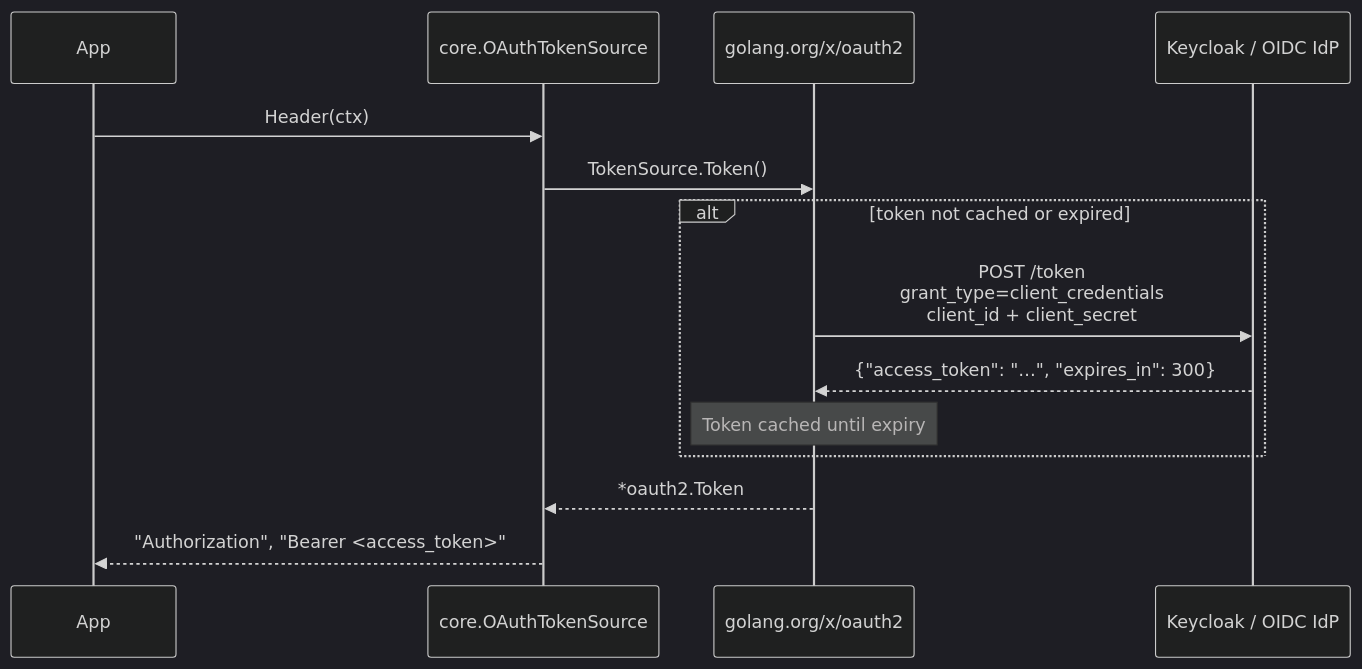
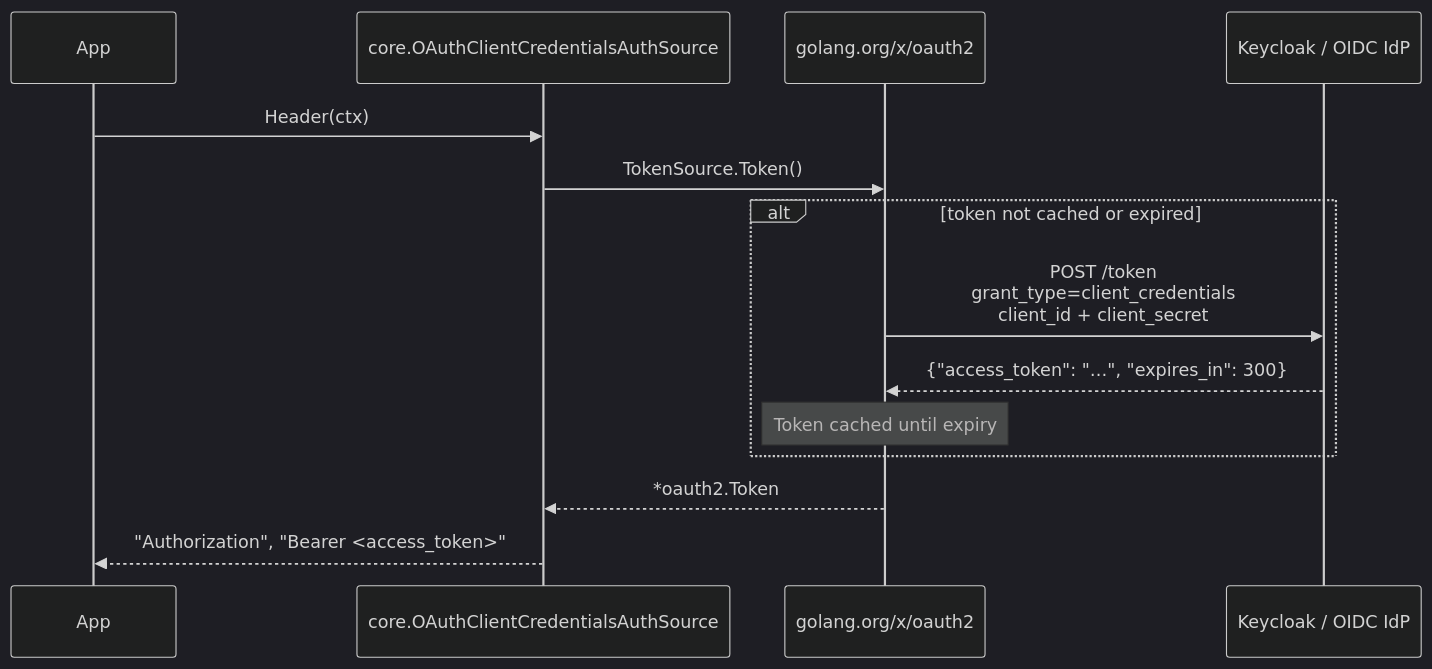
One commit to lakekeeper/go-lakekeeper changed the second of 2 diagrams in docs/PACKAGES.md. Above: the diagram before and after it, drawn with Mermaid (dark theme). The commit also changed other lines of this file and 398 other files, not shown here.

````diff
--- a/docs/PACKAGES.md
+++ b/docs/PACKAGES.md
@@ -167,17 +291,17 @@
 ```mermaid
 sequenceDiagram
     participant App
-    participant OAuthTS as core.OAuthTokenSource
+    participant OAuthAS as core.OAuthClientCredentialsAuthSource
     participant oauth2 as golang.org/x/oauth2
     participant Keycloak as Keycloak / OIDC IdP
 
-    App->>OAuthTS: Header(ctx)
-    OAuthTS->>oauth2: TokenSource.Token()
+    App->>OAuthAS: Header(ctx)
+    OAuthAS->>oauth2: TokenSource.Token()
     alt token not cached or expired
         oauth2->>Keycloak: POST /token<br/>grant_type=client_credentials<br/>client_id + client_secret
         Keycloak-->>oauth2: {"access_token": "…", "expires_in": 300}
         Note over oauth2: Token cached until expiry
     end
-    oauth2-->>OAuthTS: *oauth2.Token
-    OAuthTS-->>App: "Authorization", "Bearer <access_token>"
+    oauth2-->>OAuthAS: *oauth2.Token
+    OAuthAS-->>App: "Authorization", "Bearer <access_token>"
 ```
````
